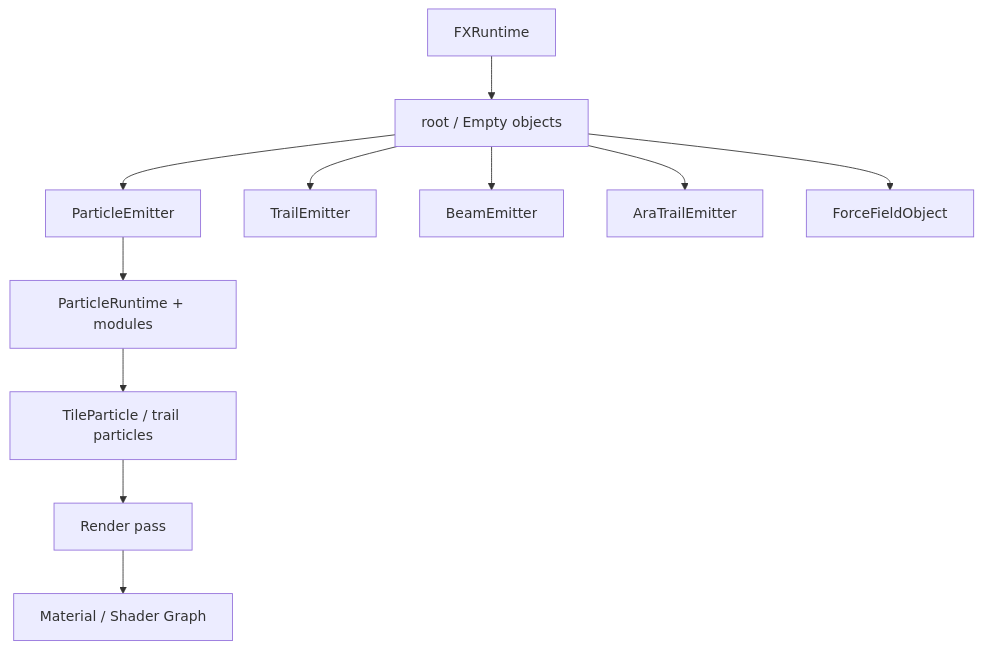
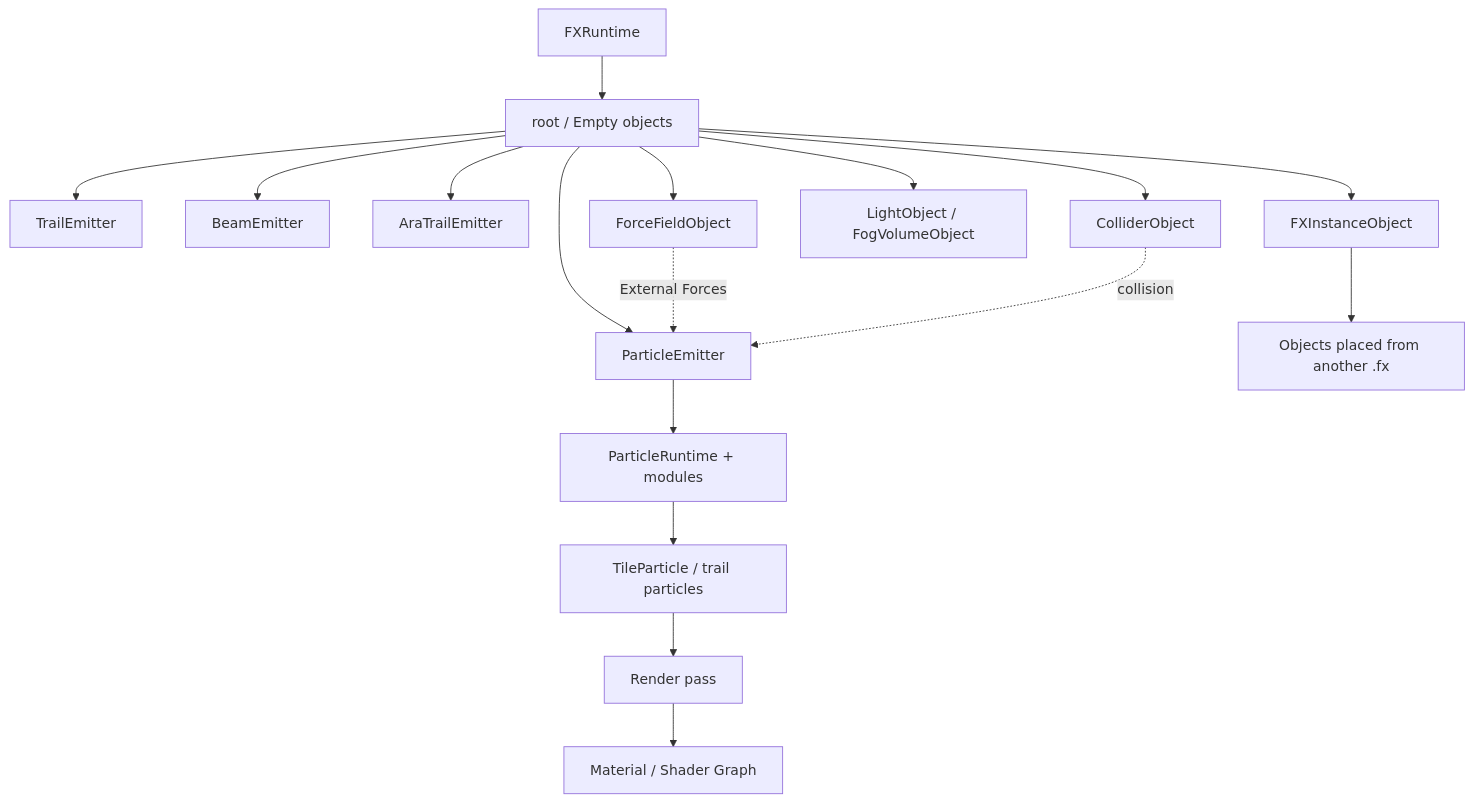
The diagram in docs/en/photon2/particle-system/index.md (Low-Drag-MC/LowDragMC-Doc), drawn with Mermaid before and after one commit. The commit also changed other lines of this file and 162 other files, not shown here.

````diff
--- a/docs/en/photon2/particle-system/index.md
+++ b/docs/en/photon2/particle-system/index.md
@@ -10,13 +10,19 @@
 ```mermaid
 flowchart TD
     FX["FXRuntime"] --> R["root / Empty objects"]
     R --> P["ParticleEmitter"]
     R --> T["TrailEmitter"]
     R --> B["BeamEmitter"]
     R --> A["AraTrailEmitter"]
     R --> F["ForceFieldObject"]
+    R --> C["ColliderObject"]
+    R --> L["LightObject / FogVolumeObject"]
+    R --> I["FXInstanceObject"]
+    I --> IS["Objects placed from another .fx"]
+    F -. External Forces .-> P
+    C -. collision .-> P
     P --> PC["ParticleRuntime + modules"]
     PC --> PP["TileParticle / trail particles"]
     PP --> RP["Render pass"]
     RP --> M["Material / Shader Graph"]
 ```
````
